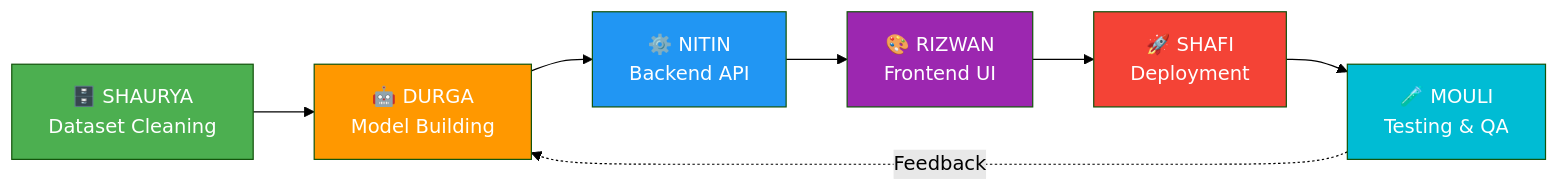
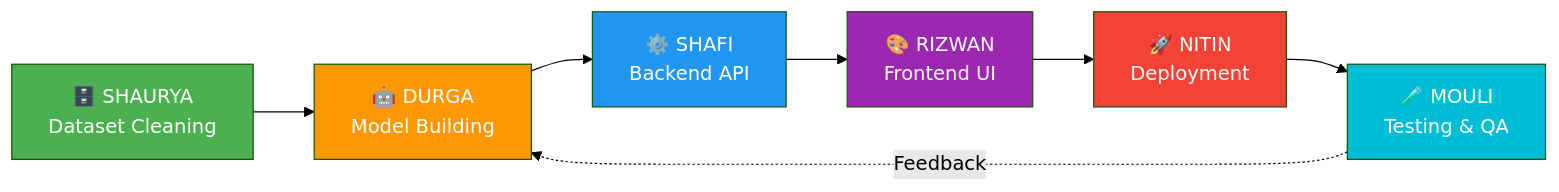
Before and after one commit to mdshafi-786/Credit-Card: the first of 2 diagrams in README.md, drawn with Mermaid (forest theme). The commit also changed other lines of this file, not shown here.

Commit message:
Update team roles: NITIN is Team Leader, SHAFI is Backend Development

````diff
--- a/README.md
+++ b/README.md
@@ -57,16 +57,16 @@
 ```mermaid
 flowchart LR
     A["🗄️ SHAURYA\nDataset Cleaning"] --> B["🤖 DURGA\nModel Building"]
-    B --> C["⚙️ NITIN\nBackend API"]
+    B --> C["⚙️ SHAFI\nBackend API"]
     C --> D["🎨 RIZWAN\nFrontend UI"]
-    D --> E["🚀 SHAFI\nDeployment"]
+    D --> E["🚀 NITIN\nDeployment"]
     E --> F["🧪 MOULI\nTesting & QA"]
     F -.->|"Feedback"| B
 
     style A fill:#4CAF50,color:#fff
     style B fill:#FF9800,color:#fff
     style C fill:#2196F3,color:#fff
     style D fill:#9C27B0,color:#fff
     style E fill:#F44336,color:#fff
     style F fill:#00BCD4,color:#fff
 ```
````
